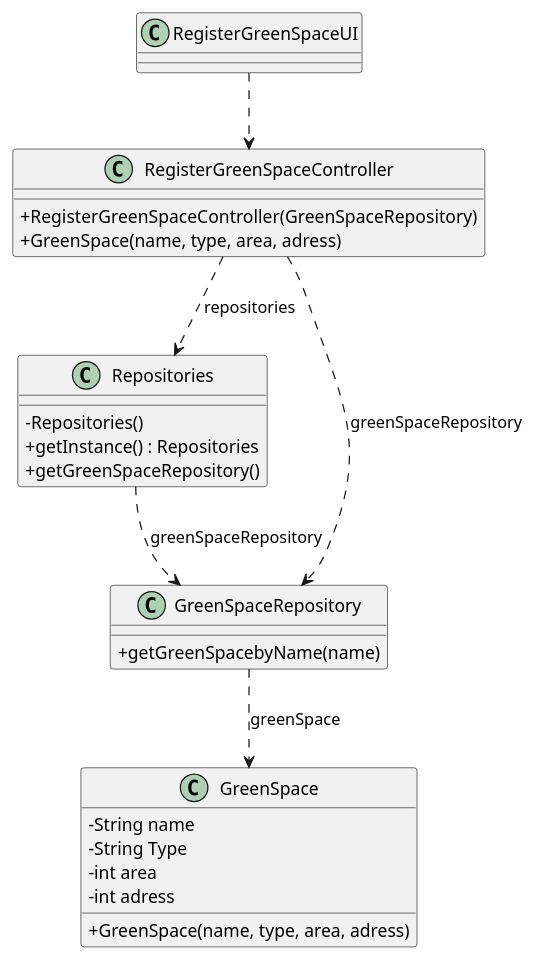
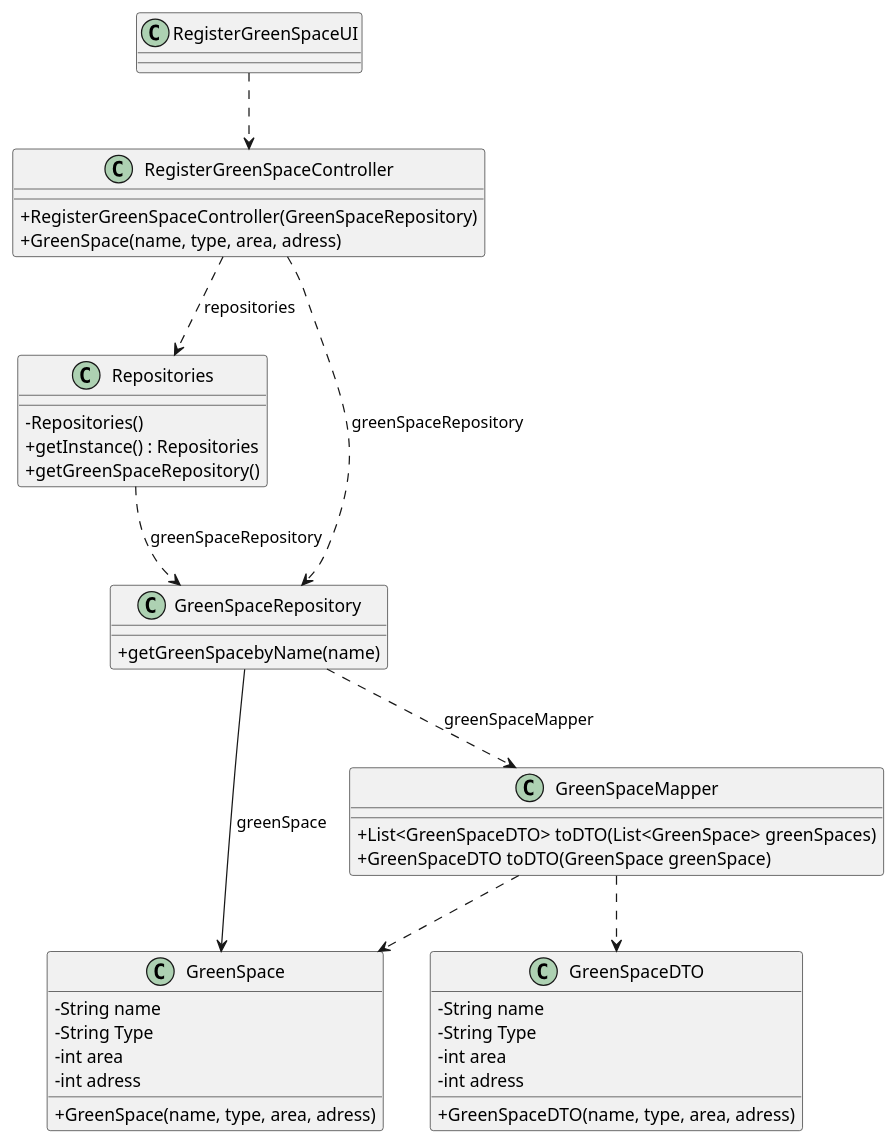
The diagram in docs/sprintC/us020/03.design/puml/us020-class-diagram.puml (Departamento-de-Engenharia-Informatica/lei-24-s2-1dm-g132), drawn with PlantUML before and after one commit. The commit also changed 1 other file, not shown here.

Commit message:
Changes in the us020 uml

```diff
--- a/docs/sprintC/us020/03.design/puml/us020-class-diagram.puml
+++ b/docs/sprintC/us020/03.design/puml/us020-class-diagram.puml
@@ -1,40 +1,56 @@
 @startuml
 skinparam classAttributeIconSize 0
 
 class RegisterGreenSpaceController {
      + RegisterGreenSpaceController(GreenSpaceRepository)
         + GreenSpace(name, type, area, adress)
 
 }
 
 
 class RegisterGreenSpaceUI {
 
 }
 
 class GreenSpace
 {
     - String name
     - String Type
     - int area
     - int adress
     + GreenSpace(name, type, area, adress)
 }
 class Repositories {
     - Repositories()
     + getInstance() : Repositories
     + getGreenSpaceRepository()
 }
 
 class GreenSpaceRepository {
    + getGreenSpacebyName(name)
 }
 
+class GreenSpaceMapper {
+    + List<GreenSpaceDTO> toDTO(List<GreenSpace> greenSpaces)
+    + GreenSpaceDTO toDTO(GreenSpace greenSpace)
+}
+class GreenSpaceDTO{
+    - String name
+    - String Type
+    - int area
+    - int adress
+    + GreenSpaceDTO(name, type, area, adress)
+}
+
 RegisterGreenSpaceUI ..> RegisterGreenSpaceController
 RegisterGreenSpaceController ..> GreenSpaceRepository : greenSpaceRepository
-GreenSpaceRepository ..> GreenSpace : greenSpace
+GreenSpaceRepository ---> GreenSpace : greenSpace
 Repositories ..> GreenSpaceRepository : greenSpaceRepository
 RegisterGreenSpaceController ..> Repositories : repositories
+GreenSpaceMapper ..> GreenSpace
+GreenSpaceMapper ..> GreenSpaceDTO
+GreenSpaceRepository ..> GreenSpaceMapper : greenSpaceMapper
+
 'RegisterGreenSpaceController ..> GreenSpace : greenSpace
 
 @enduml
```
